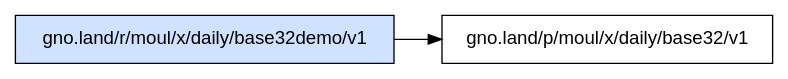
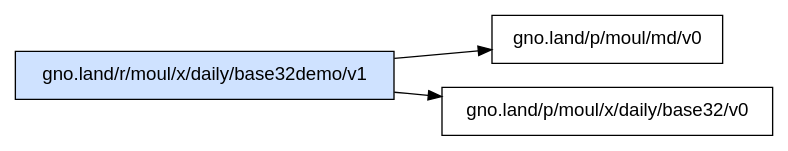
One commit to moul/gno-contracts changed the diagram in _assets/gno.land/r/moul/x/daily/base32demo/v1/deps.dot. Above: the diagram before and after it, drawn with Graphviz. The commit also changed 44 other files, not shown here.

Commit message:
chore: regenerate catalog, graphs and on-chain status [skip ci]

```diff
--- a/_assets/gno.land/r/moul/x/daily/base32demo/v1/deps.dot
+++ b/_assets/gno.land/r/moul/x/daily/base32demo/v1/deps.dot
@@ -1,6 +1,7 @@
 digraph deps {
   rankdir=LR;
   node [shape=box, fontname="sans-serif"];
   "gno.land/r/moul/x/daily/base32demo/v1" [style=filled, fillcolor="#cfe2ff"];
-  "gno.land/r/moul/x/daily/base32demo/v1" -> "gno.land/p/moul/x/daily/base32/v1";
+  "gno.land/r/moul/x/daily/base32demo/v1" -> "gno.land/p/moul/md/v0";
+  "gno.land/r/moul/x/daily/base32demo/v1" -> "gno.land/p/moul/x/daily/base32/v0";
 }
```
